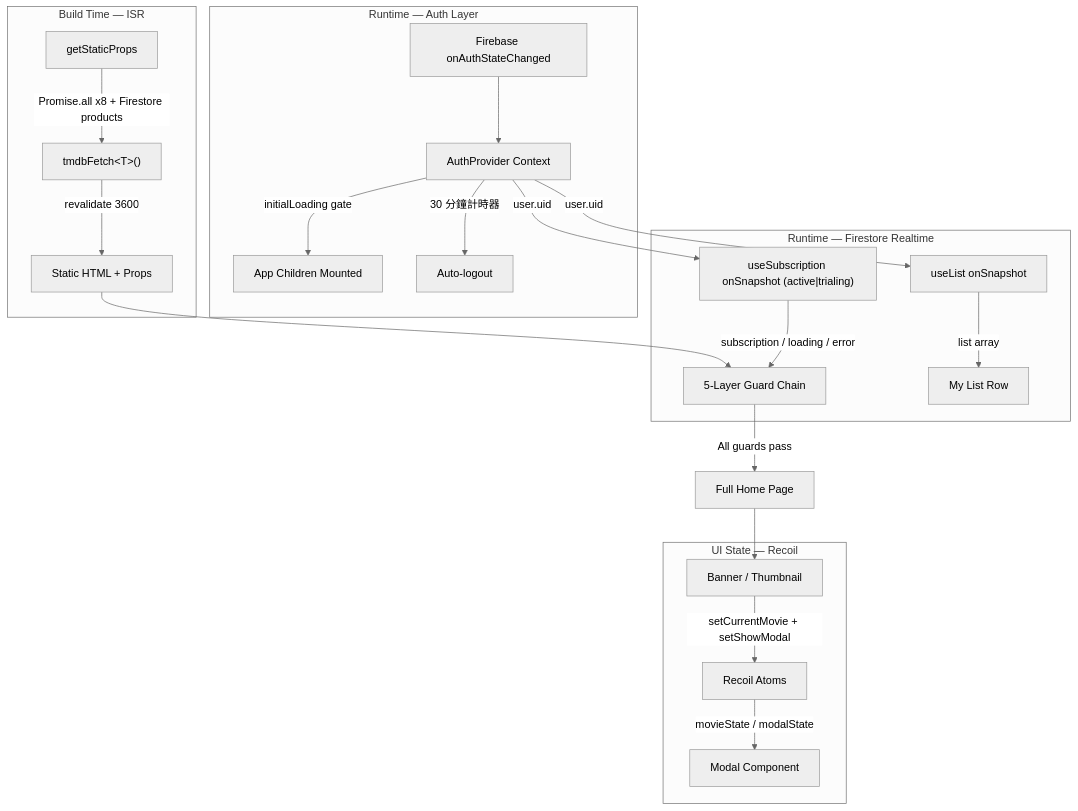
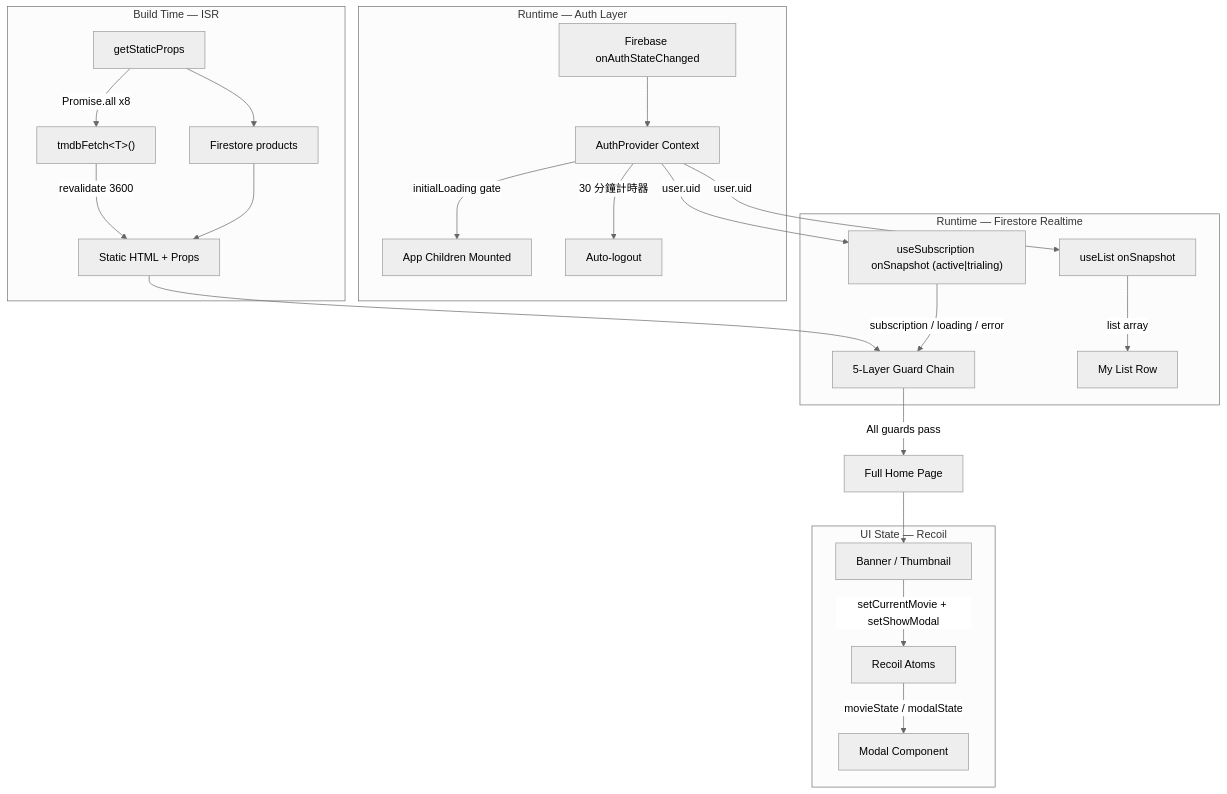
One commit to yuting813/project-_netflix-clone changed the diagram in README.zh-TW.md. Above: the diagram before and after it, drawn with Mermaid (neutral theme). The commit also changed other lines of this file and 27 other files, not shown here.

````diff
--- a/README.zh-TW.md
+++ b/README.zh-TW.md
@@ -140,29 +140,31 @@
 ```mermaid
 graph TD
     subgraph "Build Time — ISR"
-        A[getStaticProps] -->|Promise.all x8 + Firestore products| B["tmdbFetch&lt;T&gt;()"]
+        A[getStaticProps] -->|Promise.all x8| B["tmdbFetch&lt;T&gt;()"]
+        A --> P[Firestore products]
+        P --> C
         B -->|revalidate 3600| C[Static HTML + Props]
     end
 
     subgraph "Runtime — Auth Layer"
         D[Firebase onAuthStateChanged] --> E[AuthProvider Context]
         E -->|initialLoading gate| F[App Children Mounted]
         E -->|30 分鐘計時器| G[Auto-logout]
     end
 
     subgraph "Runtime — Firestore Realtime"
         E -->|user.uid| H["useSubscription onSnapshot (active|trialing)"]
         E -->|user.uid| I[useList onSnapshot]
         H -->|subscription / loading / error| J[5-Layer Guard Chain]
         I -->|list array| K[My List Row]
     end
 
     subgraph "UI State — Recoil"
         L[Banner / Thumbnail] -->|setCurrentMovie + setShowModal| M[Recoil Atoms]
         M -->|movieState / modalState| N[Modal Component]
     end
 
     C --> J
     J -->|All guards pass| O[Full Home Page]
     O --> L
 ```
````
